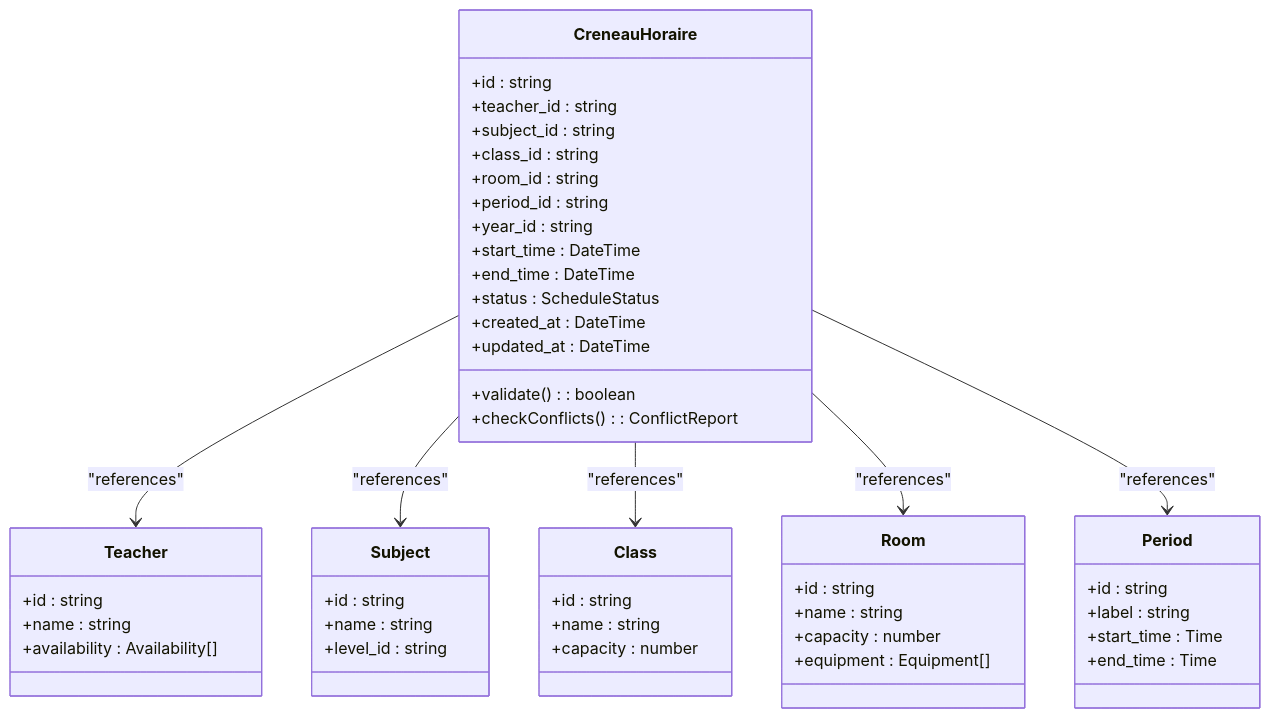
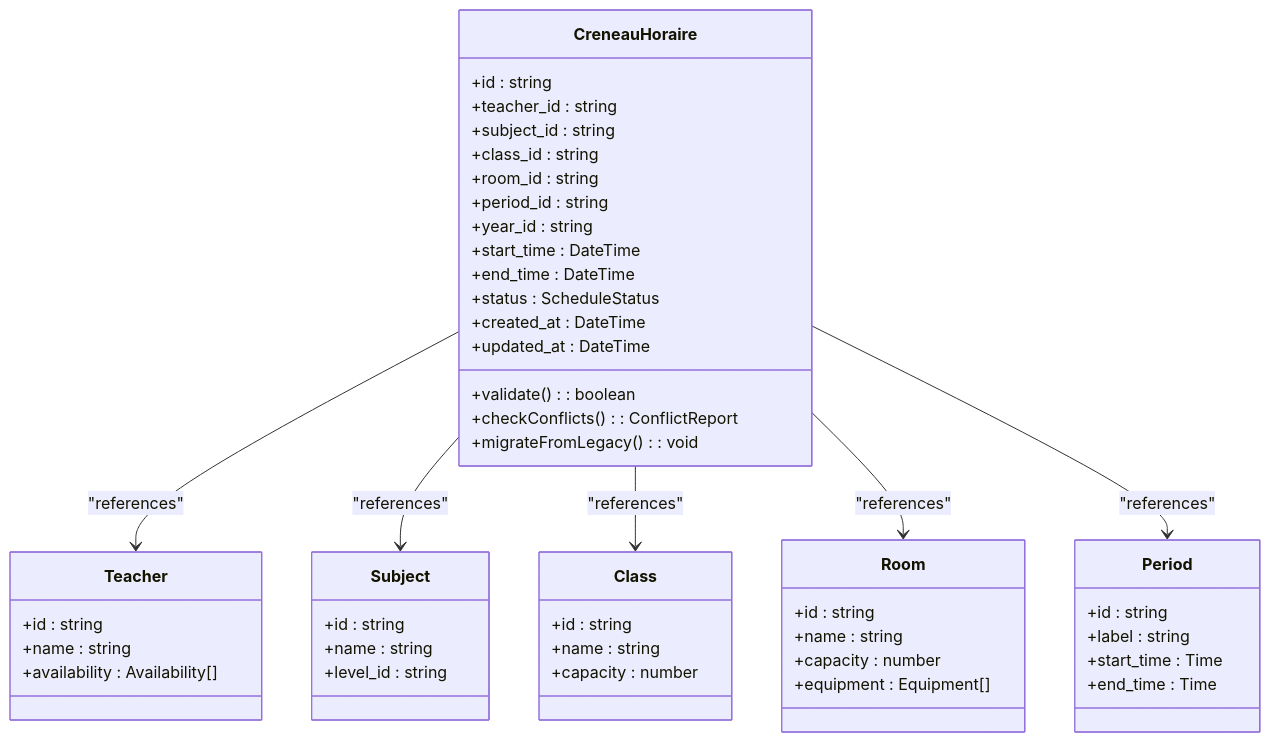
One commit to franckylab/eLISAschool changed the third of 11 diagrams in .qoder/repowiki/en/content/Academic Management System/Class & Schedule Management/Timetable Creation & Scheduling.md. Above: the diagram before and after it, drawn with Mermaid. The commit also changed other lines of this file and 49 other files, not shown here.

````diff
--- a/.qoder/repowiki/en/content/Academic Management System/Class & Schedule Management/Timetable Creation & Scheduling.md
+++ b/.qoder/repowiki/en/content/Academic Management System/Class & Schedule Management/Timetable Creation & Scheduling.md
@@ -276,51 +274,52 @@
 ```mermaid
 classDiagram
 class CreneauHoraire {
 +id : string
 +teacher_id : string
 +subject_id : string
 +class_id : string
 +room_id : string
 +period_id : string
 +year_id : string
 +start_time : DateTime
 +end_time : DateTime
 +status : ScheduleStatus
 +created_at : DateTime
 +updated_at : DateTime
 +validate() : boolean
 +checkConflicts() : ConflictReport
++migrateFromLegacy() : void
 }
 class Teacher {
 +id : string
 +name : string
 +availability : Availability[]
 }
 class Subject {
 +id : string
 +name : string
 +level_id : string
 }
 class Class {
 +id : string
 +name : string
 +capacity : number
 }
 class Room {
 +id : string
 +name : string
 +capacity : number
 +equipment : Equipment[]
 }
 class Period {
 +id : string
 +label : string
 +start_time : Time
 +end_time : Time
 }
 CreneauHoraire --> Teacher : "references"
 CreneauHoraire --> Subject : "references"
 CreneauHoraire --> Class : "references"
 CreneauHoraire --> Room : "references"
 CreneauHoraire --> Period : "references"
 ```
````
